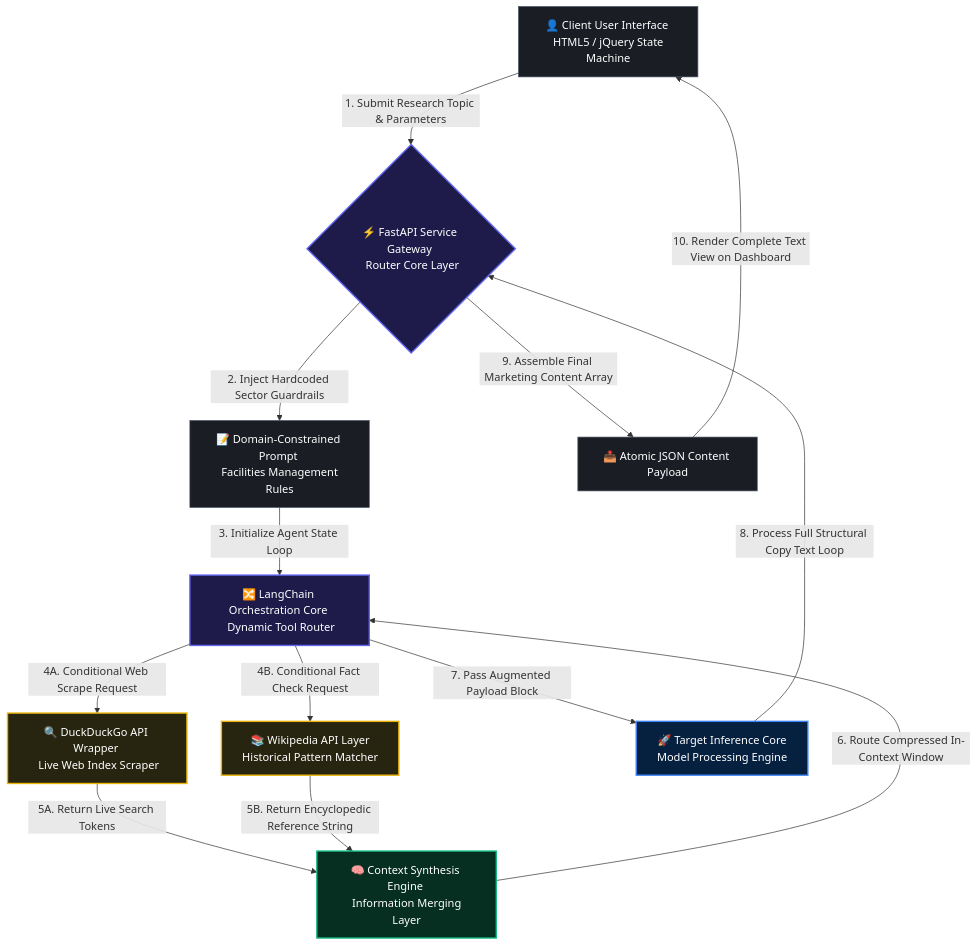
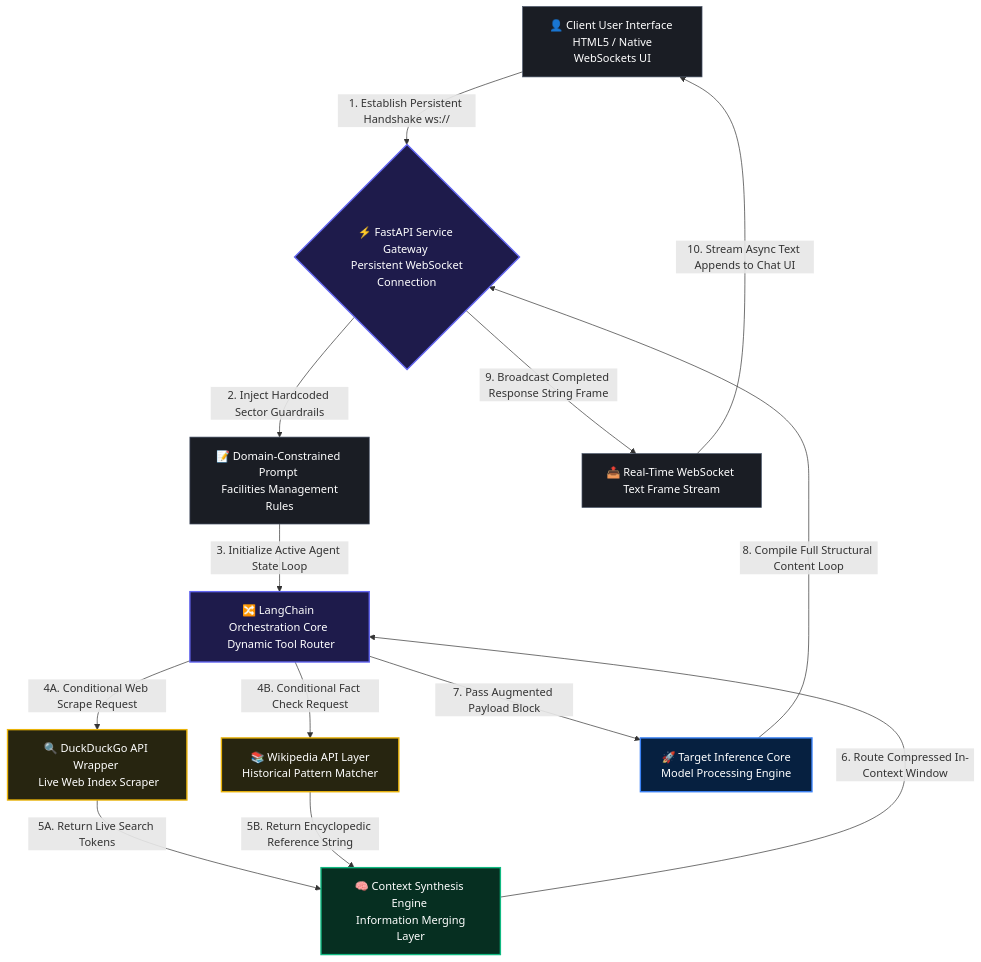
One commit to WajihZaman/agentic-ai-copywriter changed the diagram in README.md. Above: the diagram before and after it, drawn with Mermaid.

````diff
--- a/README.md
+++ b/README.md
@@ -19,56 +19,56 @@
 ```mermaid
 graph TB
 
     %% =========================================================
     %% 1. PIPELINE NODE DEFINITIONS (High Contrast Styling)
     %% =========================================================
-    User[👤 Client User Interface <br> HTML5 / jQuery State Machine]
+    User[👤 Client User Interface <br> HTML5 / Native WebSockets UI]
     
-    FastAPI{⚡ FastAPI Service Gateway <br> Router Core Layer}
+    FastAPI{⚡ FastAPI Service Gateway <br> Persistent WebSocket Connection}
     
     Prompt[📝 Domain-Constrained Prompt <br> Facilities Management Rules]
     
     LangChain[🔀 LangChain Orchestration Core <br> Dynamic Tool Router]
     
     Tool_DDG[🔍 DuckDuckGo API Wrapper <br> Live Web Index Scraper]
     Tool_Wiki[📚 Wikipedia API Layer <br> Historical Pattern Matcher]
     
     Context[🧠 Context Synthesis Engine <br> Information Merging Layer]
     
     LLM[🚀 Target Inference Core <br> Model Processing Engine]
     
-    Output[📤 Atomic JSON Content Payload]
+    Output[📤 Real-Time WebSocket Text Frame Stream]
 
     %% =========================================================
-    %% 2. LINEAR STEP-BY-STEP DATAFLOW (Error-Free Syntax)
+    %% 2. LINEAR STEP-BY-STEP DATAFLOW (WebSocket Realignment)
     %% =========================================================
-    User-->|1. Submit Research Topic & Parameters|FastAPI
+    User-->|1. Establish Persistent Handshake ws://|FastAPI
     FastAPI-->|2. Inject Hardcoded Sector Guardrails|Prompt
-    Prompt-->|3. Initialize Agent State Loop|LangChain
+    Prompt-->|3. Initialize Active Agent State Loop|LangChain
     
     LangChain-->|4A. Conditional Web Scrape Request|Tool_DDG
     LangChain-->|4B. Conditional Fact Check Request|Tool_Wiki
     
     Tool_DDG-->|5A. Return Live Search Tokens|Context
     Tool_Wiki-->|5B. Return Encyclopedic Reference String|Context
     
     Context-->|6. Route Compressed In-Context Window|LangChain
     LangChain-->|7. Pass Augmented Payload Block|LLM
-    LLM-->|8. Process Full Structural Copy Text Loop|FastAPI
-    FastAPI-->|9. Assemble Final Marketing Content Array|Output
-    Output-->|10. Render Complete Text View on Dashboard|User
+    LLM-->|8. Compile Full Structural Content Loop|FastAPI
+    FastAPI-->|9. Broadcast Completed Response String Frame|Output
+    Output-->|10. Stream Async Text Appends to Chat UI|User
 
     %% =========================================================
     %% 3. REFINED GRAPH ACCENTS (Dark-Mode Harmony)
     %% =========================================================
     classDef default fill:#1a1d24,stroke:#4a5568,stroke-width:1px,color:#ffffff;
     
     style FastAPI fill:#1e1b4b,stroke:#6366f1,stroke-width:2px,color:#ffffff
     style LangChain fill:#1e1b4b,stroke:#6366f1,stroke-width:2px,color:#ffffff
     
     style LLM fill:#062040,stroke:#3b82f6,stroke-width:2px,color:#ffffff
     style Context fill:#062f21,stroke:#10b981,stroke-width:2px,color:#ffffff
     
     style Tool_DDG fill:#272510,stroke:#eab308,stroke-width:2px,color:#ffffff
     style Tool_Wiki fill:#272510,stroke:#eab308,stroke-width:2px,color:#ffffff
 ```
````
